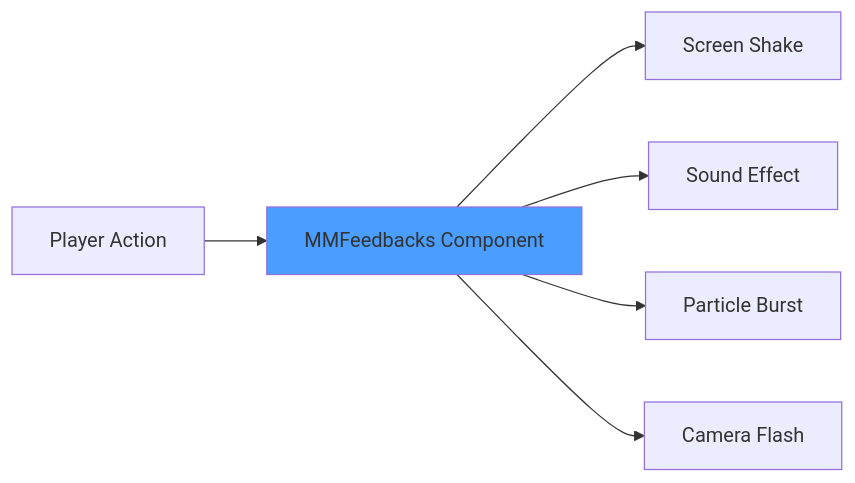
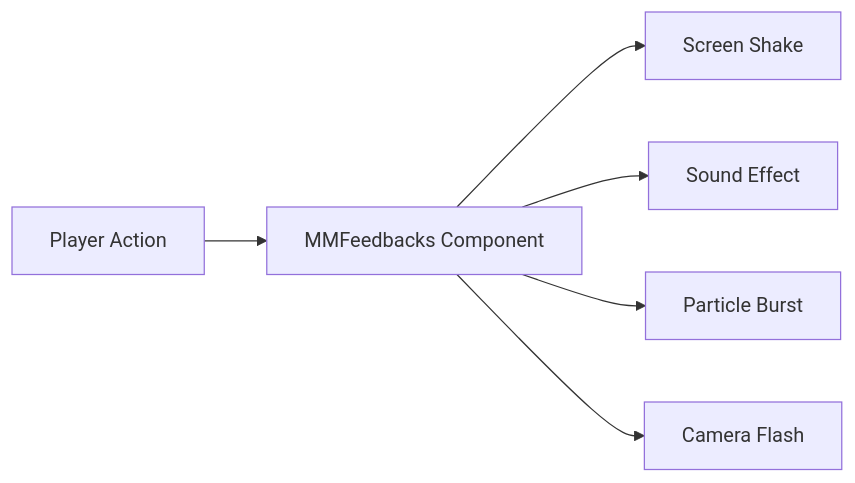
Before and after one commit to wallstop/unity-tips: the first of 3 diagrams in docs/feel/01-getting-started.md, drawn with Mermaid. The commit also changed 27 other files, not shown here.

Commit message:
Convert ASCII diagrams to Mermaid format (#30)

````diff
--- a/docs/feel/01-getting-started.md
+++ b/docs/feel/01-getting-started.md
@@ -17,9 +17,8 @@
 ```mermaid
 graph LR
     A[Player Action] --> B[MMFeedbacks Component]
     B --> C[Screen Shake]
     B --> D[Sound Effect]
     B --> E[Particle Burst]
     B --> F[Camera Flash]
-    style B fill:#4a9eff
 ```
````
